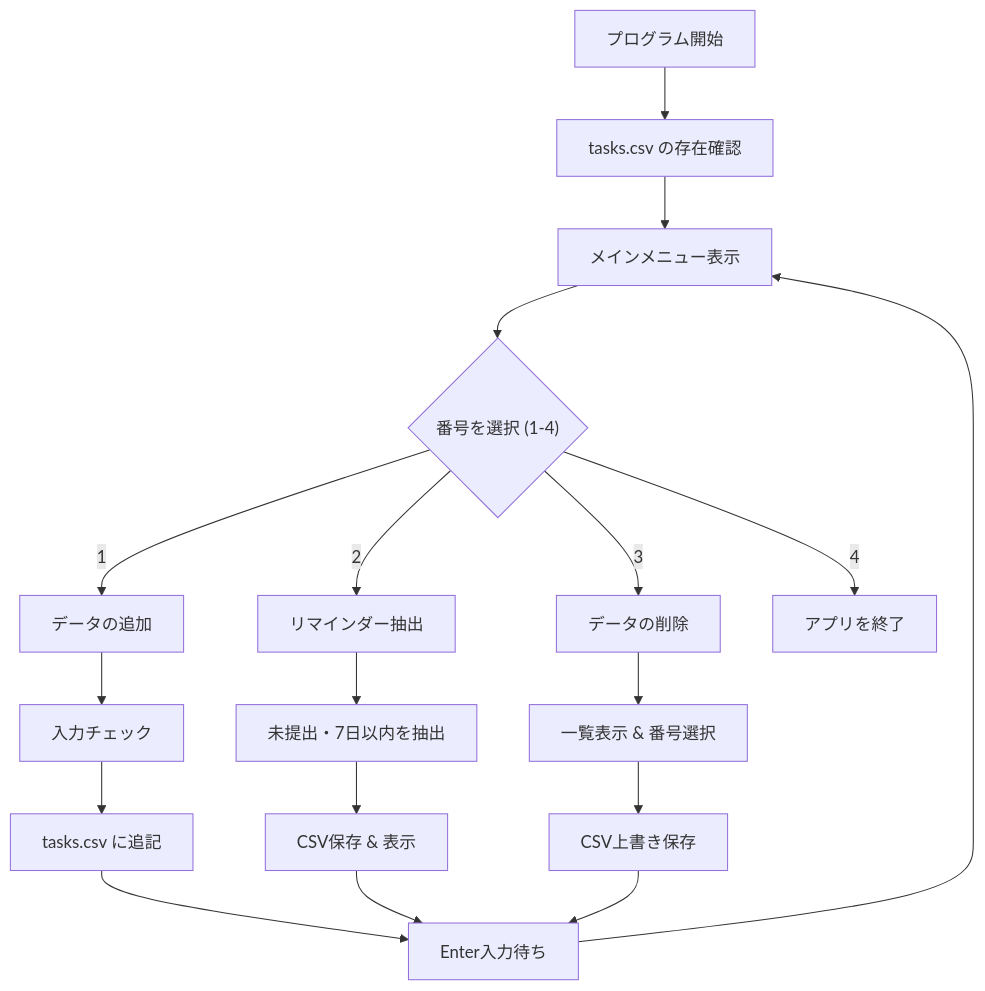
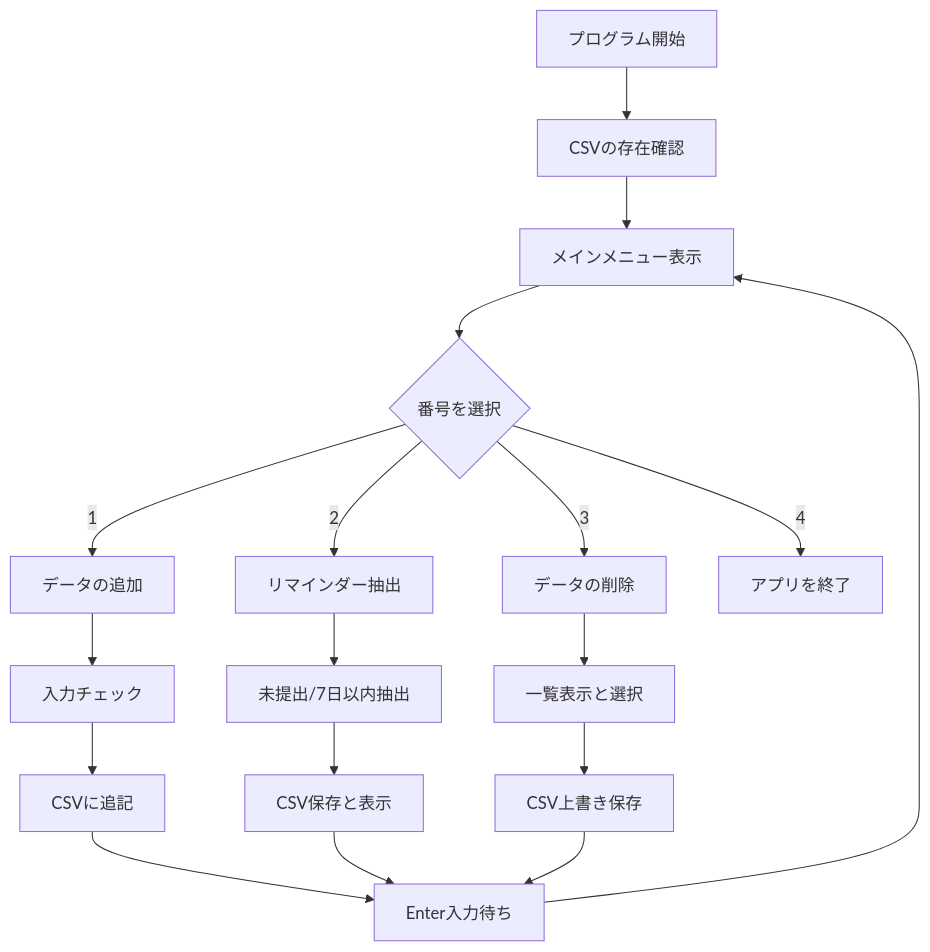
Before and after one commit to kaisei-2026/huro: the diagram in README.md, drawn with Mermaid. The commit also changed other lines of this file, not shown here.

````diff
--- a/README.md
+++ b/README.md
@@ -1,25 +2,25 @@
 ```mermaid
-flowchart TD
-    A["プログラム開始"] --> B["tasks.csv の存在確認"]
-    B --> C["メインメニュー表示"]
-    C --> D{"番号を選択 (1-4)"}
+graph TD
+    Start[プログラム開始] --> Init[CSVの存在確認]
+    Init --> Menu[メインメニュー表示]
+    Menu --> Branch{番号を選択}
 
-    D -- "1" --> E["データの追加"]
-    E --> F["入力チェック"]
-    F --> G["tasks.csv に追記"]
-    G --> Z["Enter入力待ち"]
+    Branch -- 1 --> Add[データの追加]
+    Add --> Check[入力チェック]
+    Check --> Save1[CSVに追記]
+    Save1 --> Wait[Enter入力待ち]
 
-    D -- "2" --> H["リマインダー抽出"]
-    H --> I["未提出・7日以内を抽出"]
-    I --> J["CSV保存 & 表示"]
-    J --> Z
+    Branch -- 2 --> Ext[リマインダー抽出]
+    Ext --> Filter[未提出/7日以内抽出]
+    Filter --> Save2[CSV保存と表示]
+    Save2 --> Wait
 
-    D -- "3" --> K["データの削除"]
-    K --> L["一覧表示 & 番号選択"]
-    L --> M["CSV上書き保存"]
-    M --> Z
+    Branch -- 3 --> Del[データの削除]
+    Del --> List[一覧表示と選択]
+    List --> Save3[CSV上書き保存]
+    Save3 --> Wait
 
-    D -- "4" --> N["アプリを終了"]
+    Branch -- 4 --> End[アプリを終了]
 
-    Z --> C
+    Wait --> Menu
 ```
````
